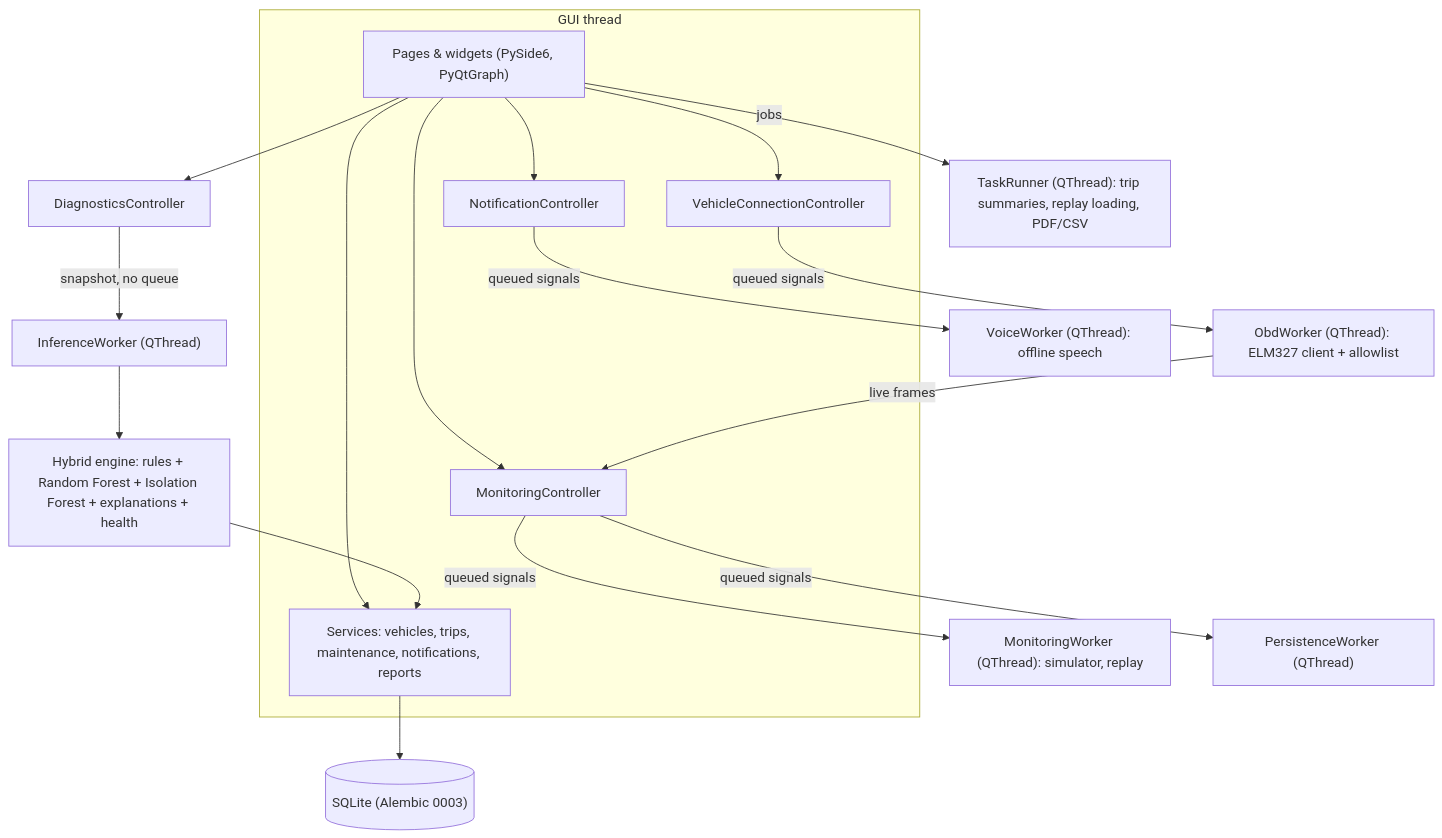
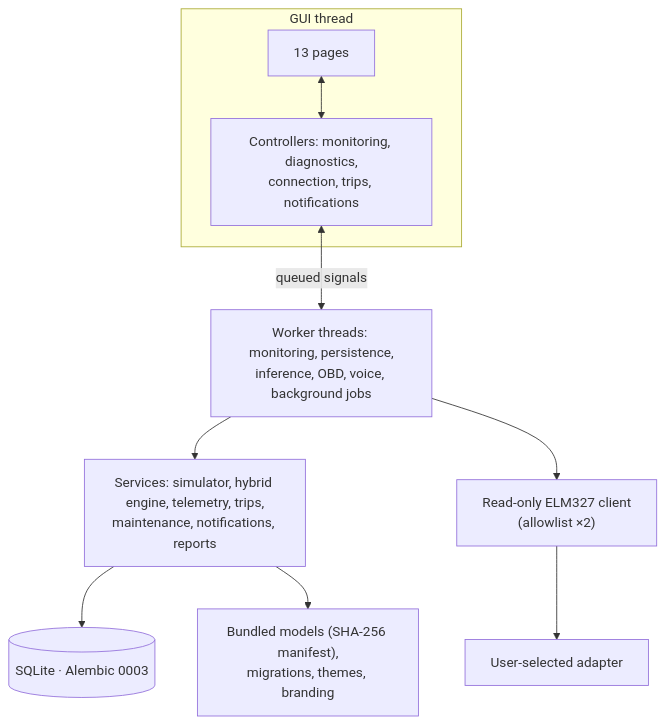
The second of 2 diagrams in README.md (Hiranya-Bandara/SmartDrive-Guardian-AI), drawn with Mermaid before and after one commit. The commit also changed other lines of this file and 127 other files, not shown here.

````diff
--- a/README.md
+++ b/README.md
@@ -185,20 +155,11 @@
 ```mermaid
 flowchart TB
-    subgraph GUI thread
-      UI["Pages & widgets (PySide6, PyQtGraph)"] --> MC["MonitoringController"]
-      UI --> SVC["Services: vehicles, trips, maintenance, notifications, reports"]
-      UI --> VC["VehicleConnectionController"]
-      UI --> NC["NotificationController"]
-    end
-    MC -- "queued signals" --> MW["MonitoringWorker (QThread): simulator, replay"]
-    MC -- "queued signals" --> PW["PersistenceWorker (QThread)"]
-    VC -- "queued signals" --> OW["ObdWorker (QThread): ELM327 client + allowlist"]
-    OW -- "live frames" --> MC
-    UI --> DC["DiagnosticsController"]
-    DC -- "snapshot, no queue" --> IW["InferenceWorker (QThread)"]
-    IW --> ENG["Hybrid engine: rules + Random Forest + Isolation Forest + explanations + health"]
-    UI -- "jobs" --> TR["TaskRunner (QThread): trip summaries, replay loading, PDF/CSV"]
-    NC -- "queued signals" --> VW["VoiceWorker (QThread): offline speech"]
-    ENG --> SVC
-    SVC --> DB[("SQLite (Alembic 0003)")]
+  subgraph GUI["GUI thread"]
+    P["13 pages"] <--> C["Controllers: monitoring, diagnostics,<br/>connection, trips, notifications"]
+  end
+  C <-->|queued signals| T["Worker threads: monitoring, persistence,<br/>inference, OBD, voice, background jobs"]
+  T --> S["Services: simulator, hybrid engine, telemetry, trips,<br/>maintenance, notifications, reports"]
+  T --> O["Read-only ELM327 client<br/>(allowlist ×2)"] --> AD["User-selected adapter"]
+  S --> DB[("SQLite · Alembic 0003")]
+  S --> RS["Bundled models (SHA-256 manifest),<br/>migrations, themes, branding"]
 ```
````
